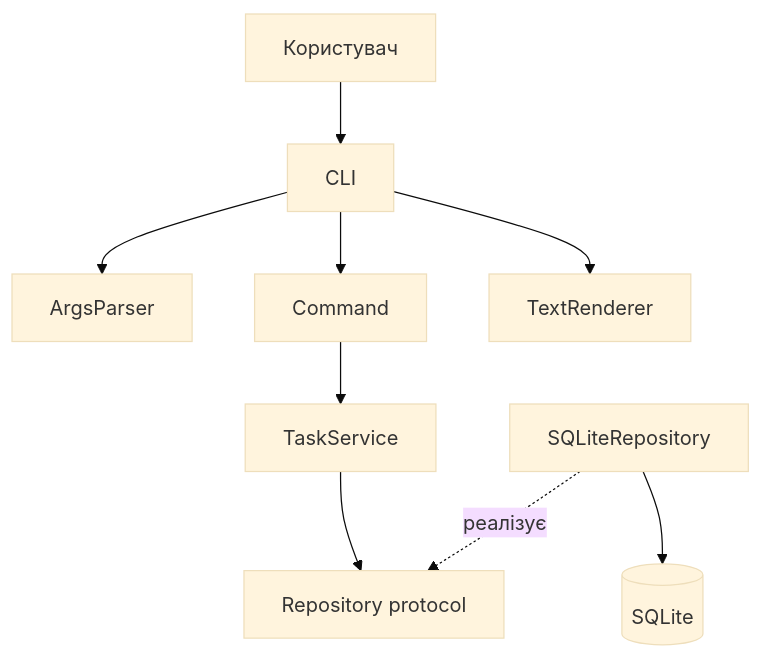
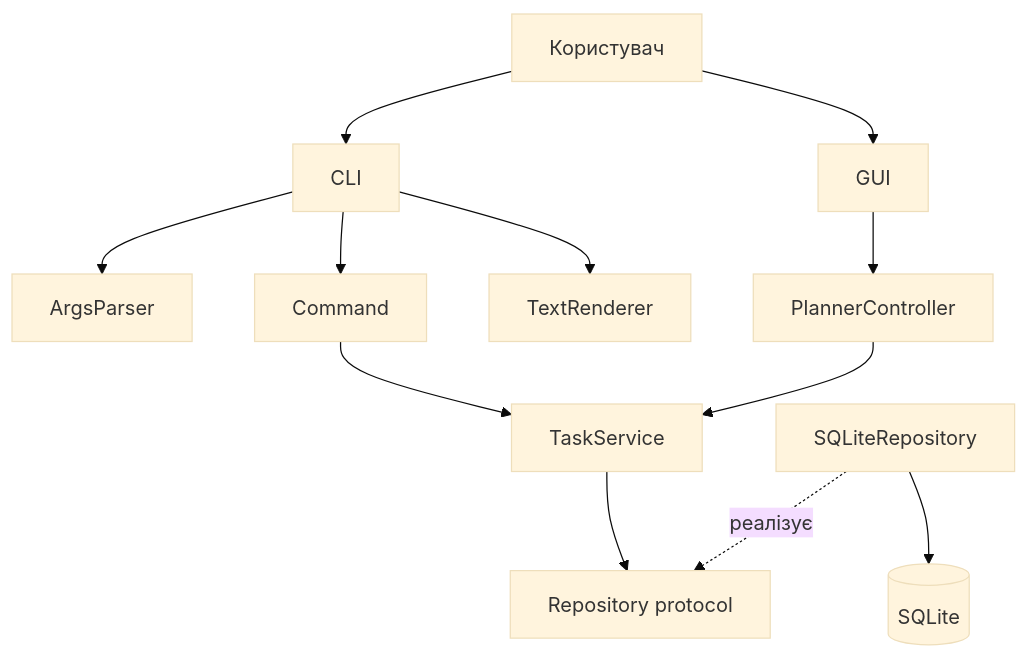
Before and after one commit to xyedress/121212: the first of 7 diagrams in DESIGN.md, drawn with Mermaid (base theme). The commit also changed other lines of this file, not shown here.

Commit message:
Document GUI components, MVC and event handling for practical 16

````diff
--- a/DESIGN.md
+++ b/DESIGN.md
@@ -20,11 +20,14 @@
 ```mermaid
 flowchart TD
     U[Користувач] --> CLI[CLI]
     CLI --> P[ArgsParser]
     CLI --> C[Command]
     CLI --> R[TextRenderer]
     C --> S[TaskService]
+    U --> GUI[GUI]
+    GUI --> GC[PlannerController]
+    GC --> S
     S --> I[Repository protocol]
     D[SQLiteRepository] -. реалізує .-> I
     D --> DB[(SQLite)]
 ```
````
